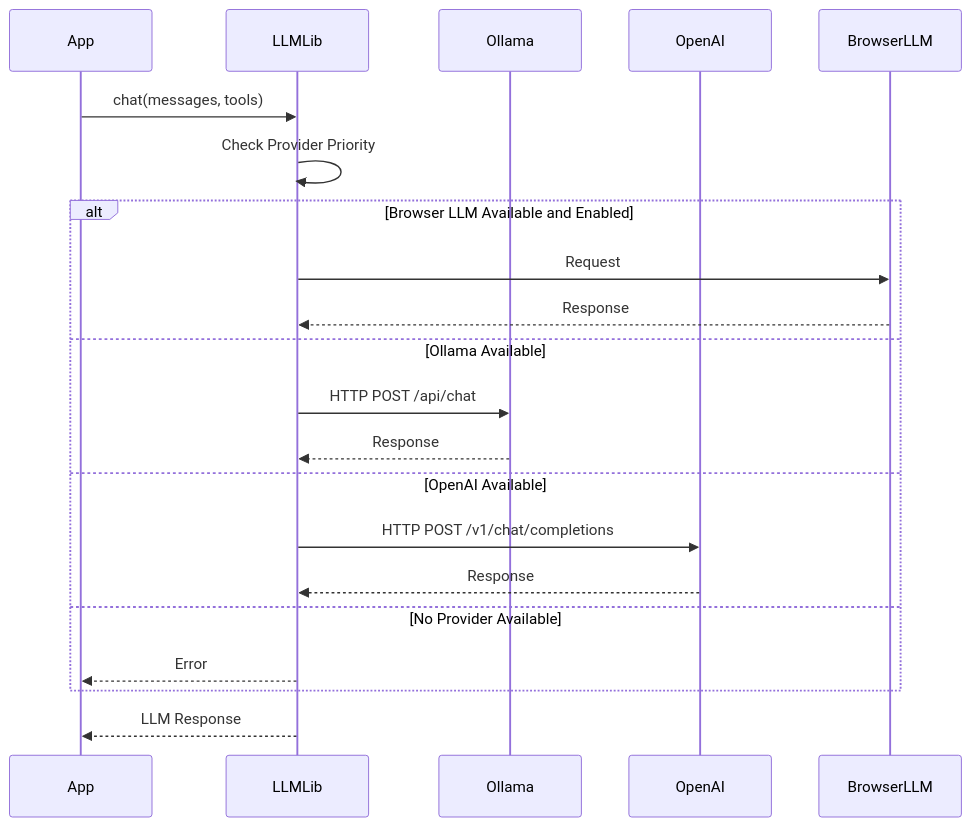
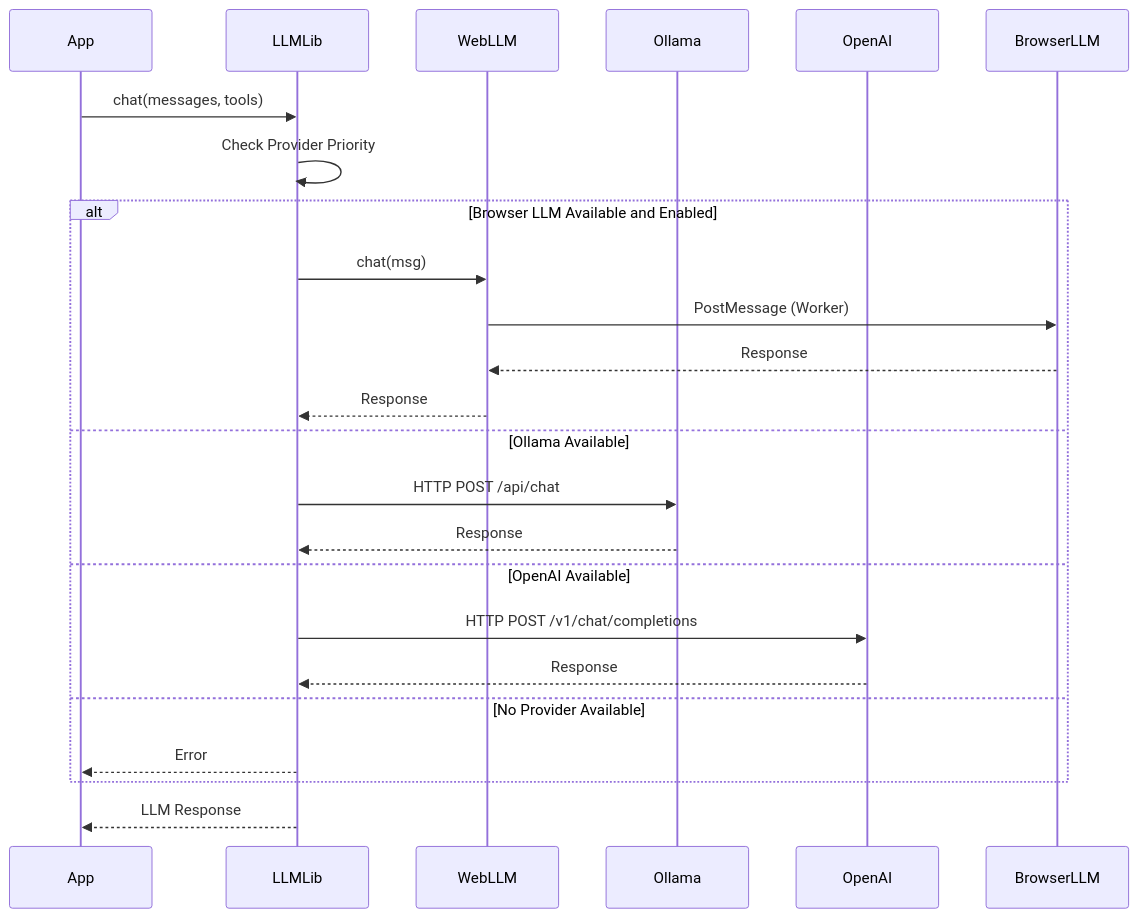
Diagram 15 of 21 in architecture.md (meharajM/ai-worker.app), drawn with Mermaid before and after one commit. The commit also changed other lines of this file and 10 other files, not shown here.

````diff
--- a/architecture.md
+++ b/architecture.md
@@ -539,26 +547,30 @@
 ```mermaid
 sequenceDiagram
     participant App
     participant LLMLib
+    participant WebLLM
     participant Ollama
     participant OpenAI
     participant BrowserLLM
 
     App->>LLMLib: chat(messages, tools)
     LLMLib->>LLMLib: Check Provider Priority
     
+    
     alt Browser LLM Available and Enabled
-        LLMLib->>BrowserLLM: Request
-        BrowserLLM-->>LLMLib: Response
+        LLMLib->>WebLLM: chat(msg)
+        WebLLM->>BrowserLLM: PostMessage (Worker)
+        BrowserLLM-->>WebLLM: Response
+        WebLLM-->>LLMLib: Response
     else Ollama Available
         LLMLib->>Ollama: HTTP POST /api/chat
         Ollama-->>LLMLib: Response
     else OpenAI Available
         LLMLib->>OpenAI: HTTP POST /v1/chat/completions
         OpenAI-->>LLMLib: Response
     else No Provider Available
         LLMLib-->>App: Error
     end
 
     LLMLib-->>App: LLM Response
 ```
````
